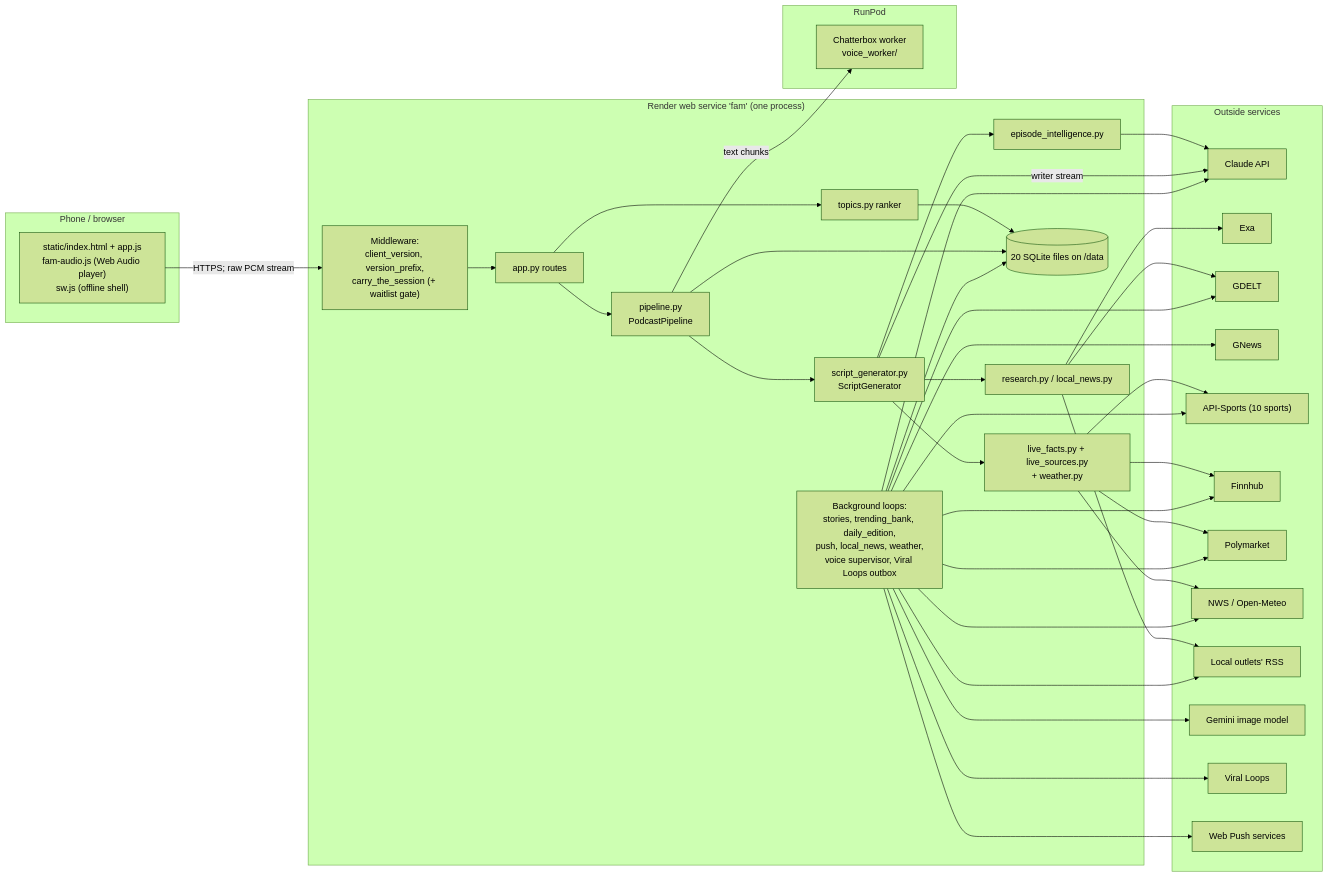
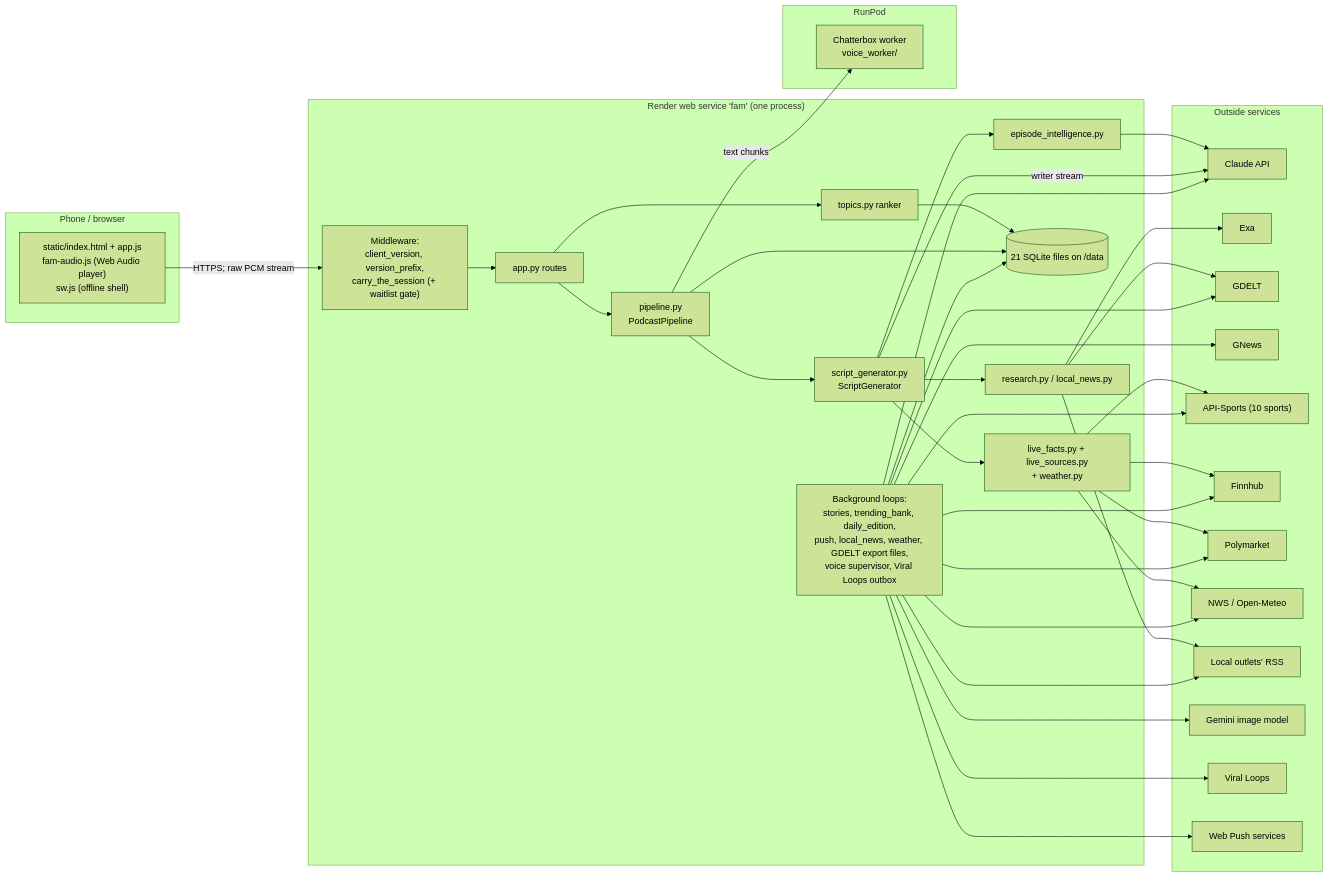
The first of 5 diagrams in docs/BACKEND.md (tjweingart-byte/FAM), drawn with Mermaid (forest theme) before and after one commit. The commit also changed other lines of this file and 37 other files, not shown here.

First line of the commit message:
§209: GDELT read from its export files; Polymarket asked for every outcome

````diff
--- a/docs/BACKEND.md
+++ b/docs/BACKEND.md
@@ -32,46 +32,46 @@
 ```mermaid
 flowchart LR
   subgraph Client["Phone / browser"]
     UI["static/index.html + app.js<br/>fam-audio.js (Web Audio player)<br/>sw.js (offline shell)"]
   end
   subgraph Render["Render web service 'fam' (one process)"]
     MW["Middleware:<br/>client_version, version_prefix,<br/>carry_the_session (+ waitlist gate)"]
     APP["app.py routes"]
     PIPE["pipeline.py<br/>PodcastPipeline"]
     GEN["script_generator.py<br/>ScriptGenerator"]
     EI["episode_intelligence.py"]
     RES["research.py / local_news.py"]
     LF["live_facts.py + live_sources.py<br/>+ weather.py"]
     RANK["topics.py ranker"]
-    BG["Background loops:<br/>stories, trending_bank, daily_edition,<br/>push, local_news, weather,<br/>voice supervisor, Viral Loops outbox"]
-    DB[("20 SQLite files on /data")]
+    BG["Background loops:<br/>stories, trending_bank, daily_edition,<br/>push, local_news, weather, GDELT export files,<br/>voice supervisor, Viral Loops outbox"]
+    DB[("21 SQLite files on /data")]
   end
   subgraph Ext["Outside services"]
     CL["Claude API"]
     EXA["Exa"]
     GD["GDELT"]
     GN["GNews"]
     AS["API-Sports (10 sports)"]
     FH["Finnhub"]
     PM["Polymarket"]
     WX["NWS / Open-Meteo"]
     FEEDS["Local outlets' RSS"]
     GEM["Gemini image model"]
     VL["Viral Loops"]
     WP["Web Push services"]
   end
   subgraph RunPod
     TTS["Chatterbox worker<br/>voice_worker/"]
   end
   UI -- "HTTPS; raw PCM stream" --> MW --> APP
   APP --> PIPE --> GEN
   GEN --> EI --> CL
   GEN --> RES --> EXA & GD & FEEDS
   GEN --> LF --> AS & FH & PM & WX
   GEN -- "writer stream" --> CL
   PIPE -- "text chunks" --> TTS
   APP --> RANK --> DB
   PIPE --> DB
   BG --> CL & GN & GD & AS & FH & PM & WX & FEEDS & GEM & VL & WP
   BG --> DB
 ```
````
